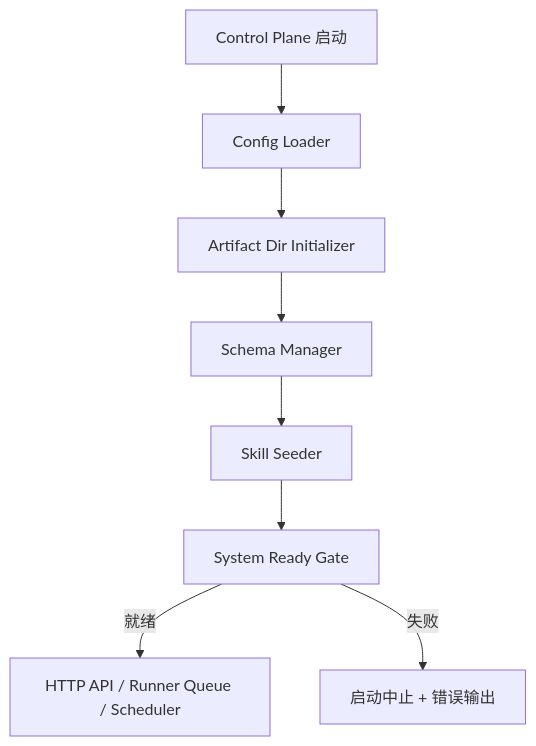
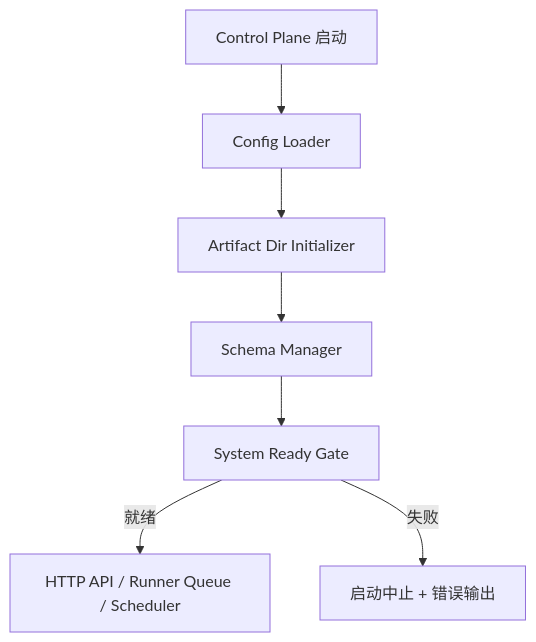
The first of 3 diagrams in docs/features/feat-000-system-bootstrap/design.md (songcojp/Spec-Driven-Autonomous-Coding-System), drawn with Mermaid before and after one commit. The commit also changed other lines of this file and 43 other files, not shown here.

````diff
--- a/docs/features/feat-000-system-bootstrap/design.md
+++ b/docs/features/feat-000-system-bootstrap/design.md
@@ -29,10 +28,9 @@
 ```mermaid
 flowchart TD
   Start[Control Plane 启动] --> Config[Config Loader]
   Config --> DirInit[Artifact Dir Initializer]
   DirInit --> Schema[Schema Manager]
-  Schema --> Seeder[Skill Seeder]
-  Seeder --> Ready[System Ready Gate]
+  Schema --> Ready[System Ready Gate]
   Ready -->|就绪| API[HTTP API / Runner Queue / Scheduler]
   Ready -->|失败| Abort[启动中止 + 错误输出]
 ```
````
